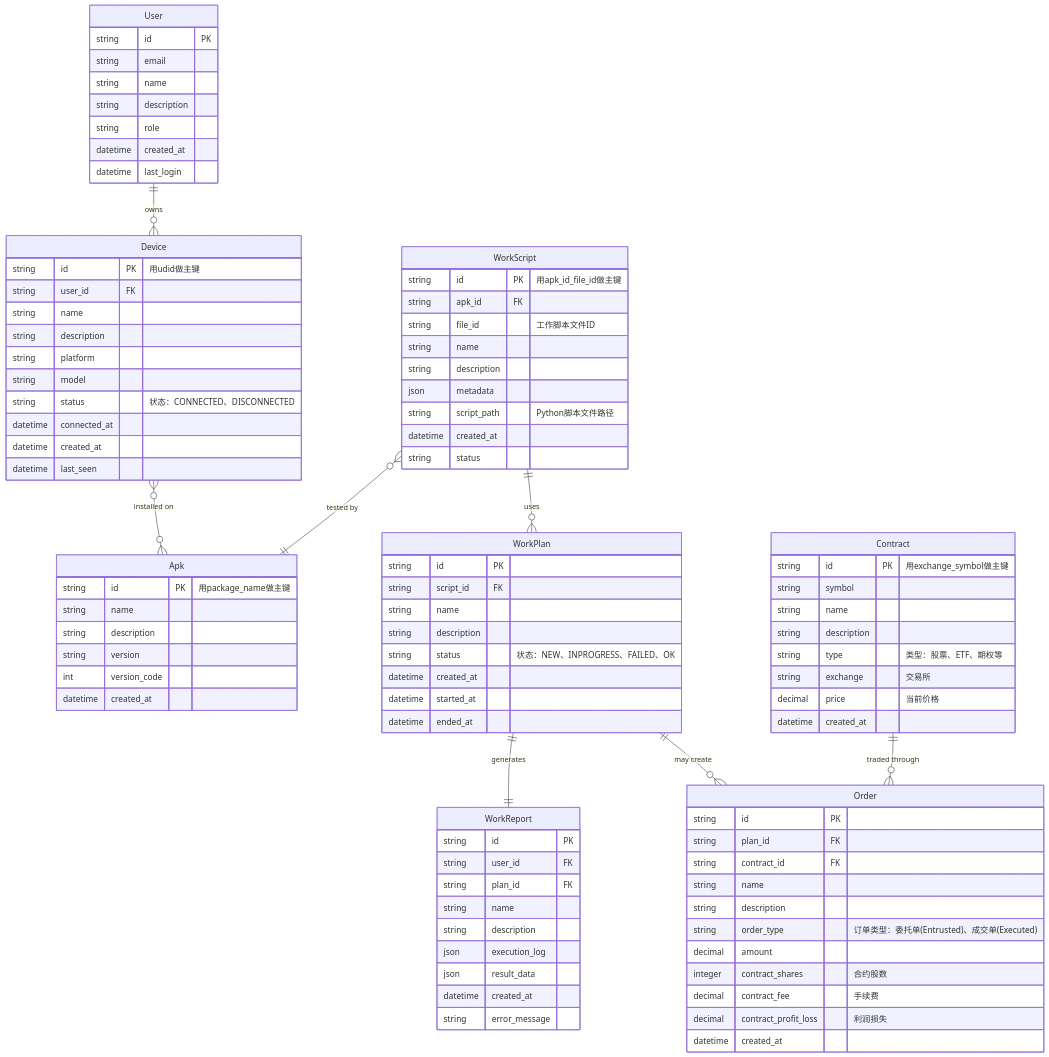
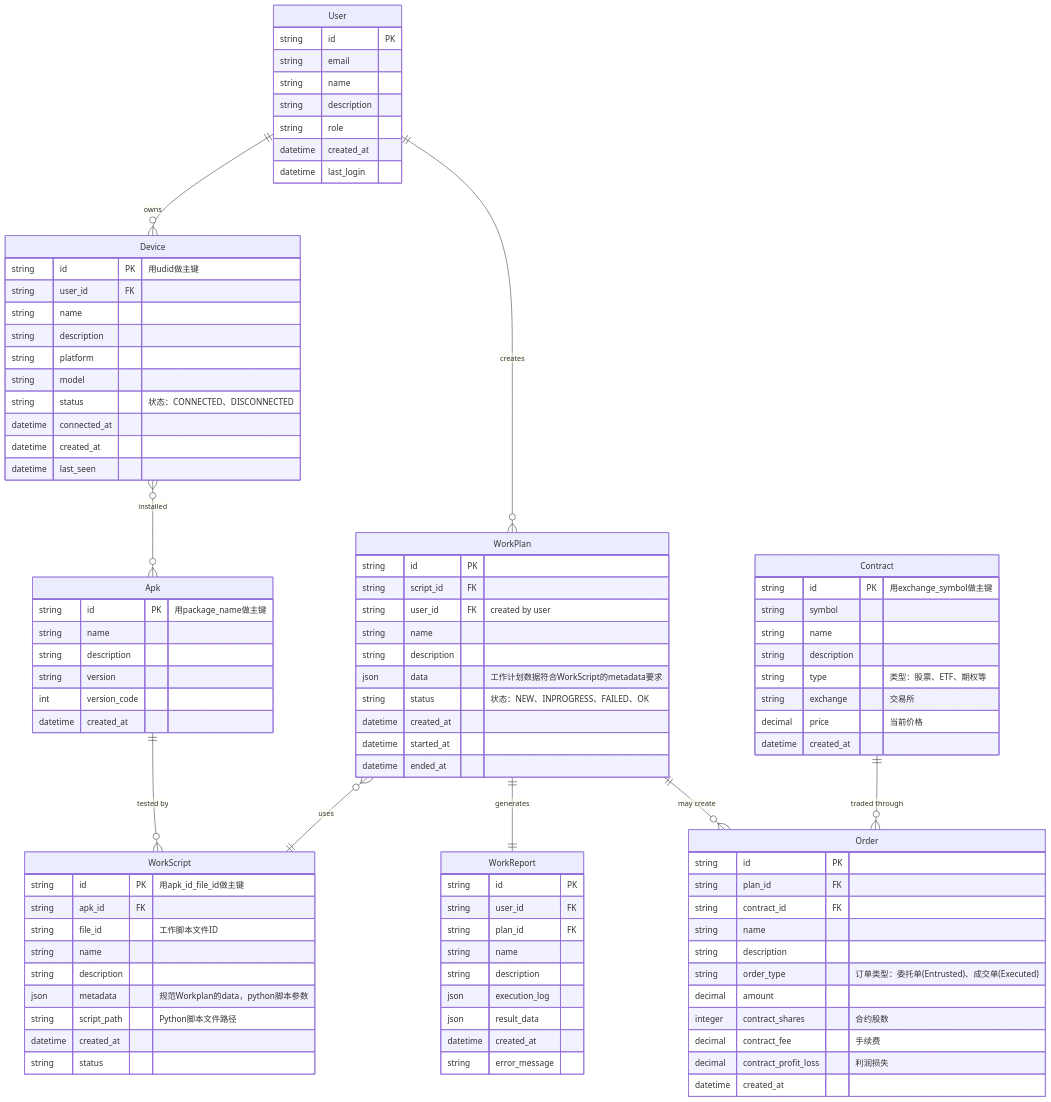
Before and after one commit to terminail/autodroid: the diagram in autodroid-container/DESIGN.md, drawn with Mermaid. The commit also changed other lines of this file and 1 other file, not shown here.

````diff
--- a/autodroid-container/DESIGN.md
+++ b/autodroid-container/DESIGN.md
@@ -178,9 +178,10 @@
 ```mermaid
 erDiagram
     User ||--o{ Device : owns
-    Device }o--o{ Apk : "installed on"
-    WorkScript o{--|| Apk : "tested by"
-    WorkScript ||--o{ WorkPlan : "uses"
+    Device }o--o{ Apk : "installed"
+    Apk ||--o{ WorkScript : "tested by"
+    WorkPlan o{--|| WorkScript : "uses"
+    User ||--o{ WorkPlan : creates
     WorkPlan ||--|| WorkReport : generates
     WorkPlan ||--o{ Order : "may create"
     Contract ||--o{ Order : "traded through"
@@ -223,7 +224,7 @@
         string file_id "工作脚本文件ID"
         string name
         string description
-        json metadata
+        json metadata "规范Workplan的data，python脚本参数"
         string script_path  "Python脚本文件路径"
         datetime created_at
         string status
@@ -232,8 +233,10 @@
     WorkPlan {
         string id PK
         string script_id FK
+        string user_id FK "created by user"
         string name
         string description
+        json data  "工作计划数据符合WorkScript的metadata要求"
         string status  "状态：NEW、INPROGRESS、FAILED、OK"
         datetime created_at
         datetime started_at
````
